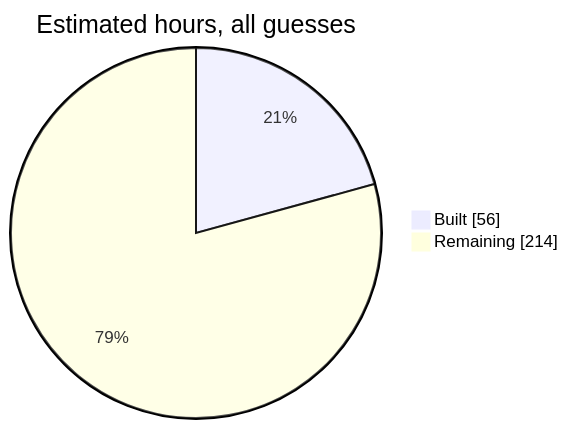
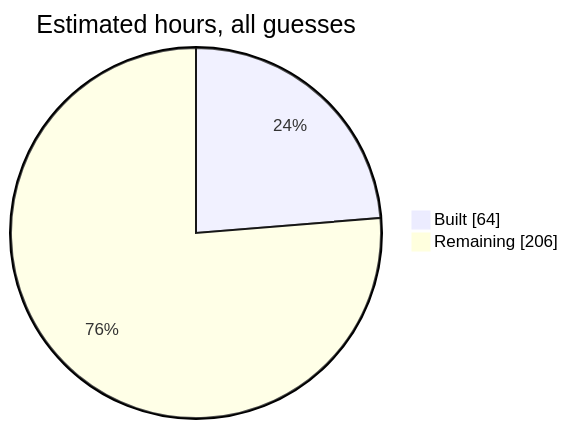
One commit to SumanthVarma798/GNSS-Constellation-Health-Monitoring-System changed the second of 5 diagrams in docs/system-design.md. Above: the diagram before and after it, drawn with Mermaid. The commit also changed other lines of this file and 3 other files, not shown here.

````diff
--- a/docs/system-design.md
+++ b/docs/system-design.md
@@ -71,5 +71,5 @@
 ```mermaid
 pie showData title Estimated hours, all guesses
-  "Built" : 56
-  "Remaining" : 214
+  "Built" : 64
+  "Remaining" : 206
 ```
````
